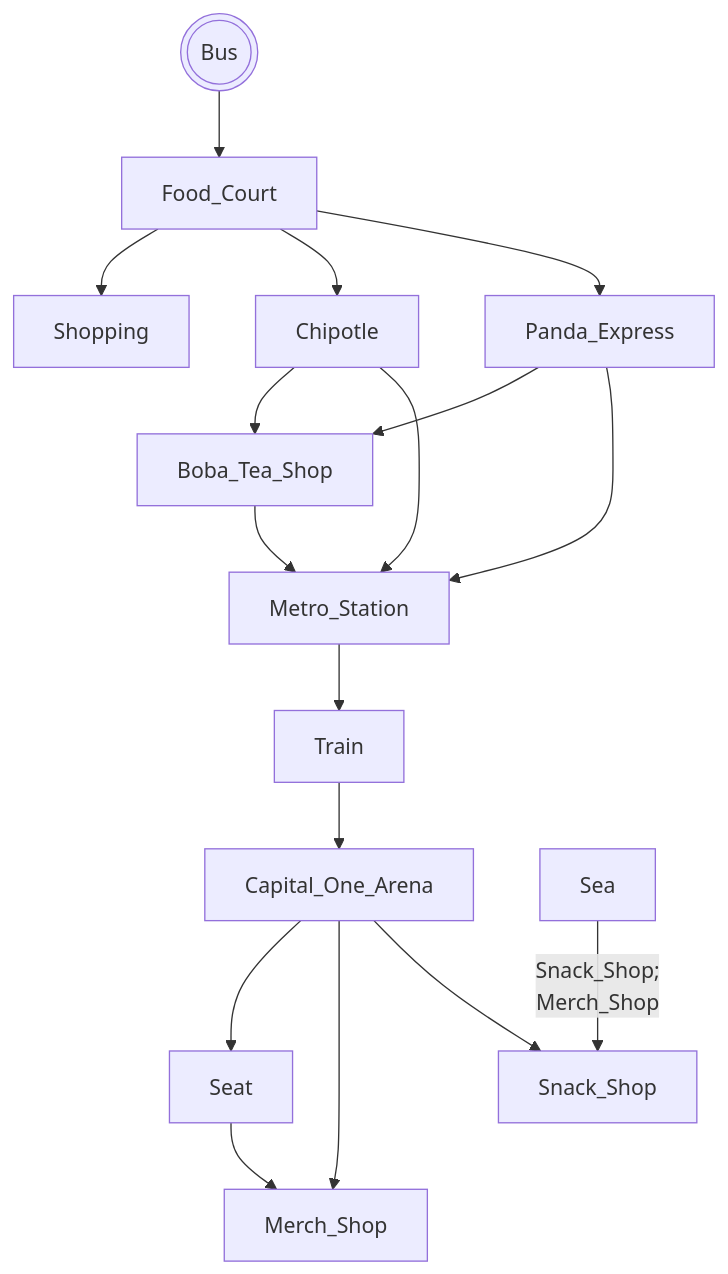
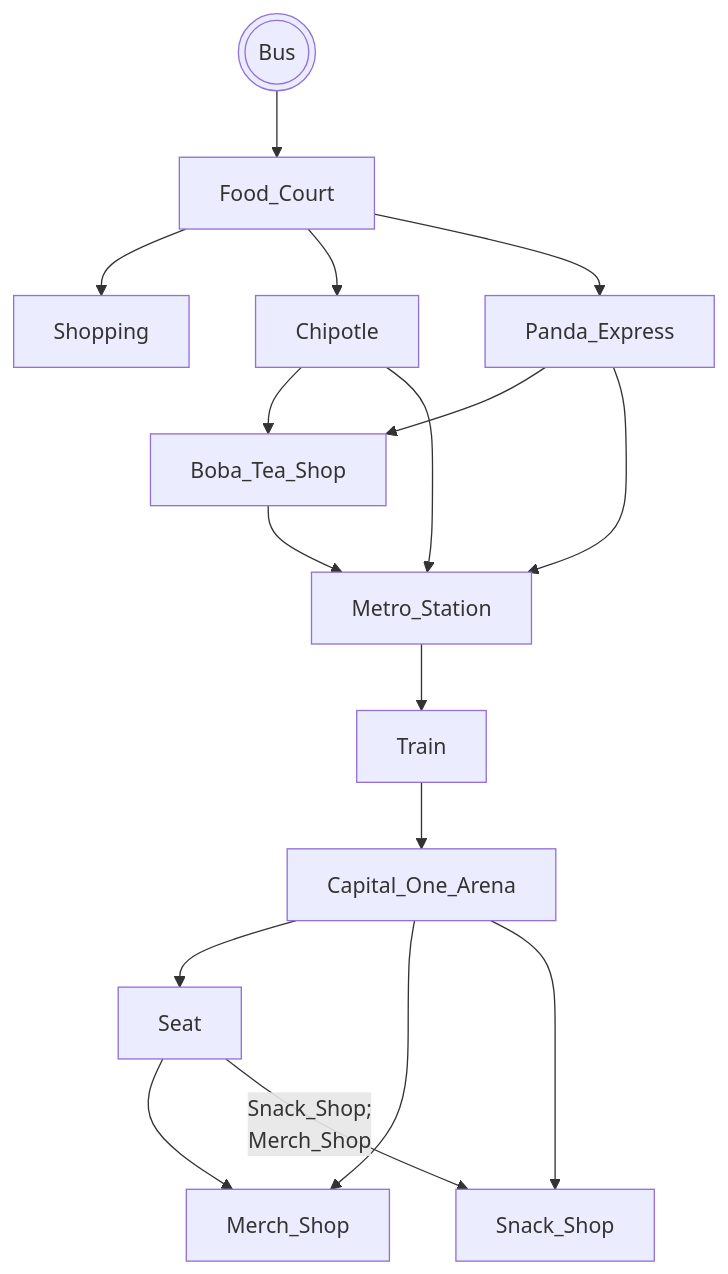
One commit to waleedchahid/waleedchahid.github.io changed the diagram in projects/game/README.md. Above: the diagram before and after it, drawn with Mermaid.

````diff
--- a/projects/game/README.md
+++ b/projects/game/README.md
@@ -11,20 +11,20 @@
 ```mermaid
 graph TD;
     bus(((Bus)))-->Food_Court;
     Food_Court-->Shopping;
     Food_Court-->Chipotle;
     Food_Court-->Panda_Express;
     Panda_Express-->Boba_Tea_Shop;
     Chipotle--> Boba_Tea_Shop;
     Boba_Tea_Shop-->Metro_Station;
     Chipotle-->Metro_Station;
     Panda_Express-->Metro_Station;
     Metro_Station-->Train;
     Train-->Capital_One_Arena;
     Capital_One_Arena-->Seat;
     Capital_One_Arena-->Merch_Shop;
     Capital_One_Arena-->Snack_Shop;
     Seat-->Merch_Shop;
-    Sea--Snack_Shop;
+    Seat--Snack_Shop;
     Merch_Shop-->Snack_Shop;
 ```
````
